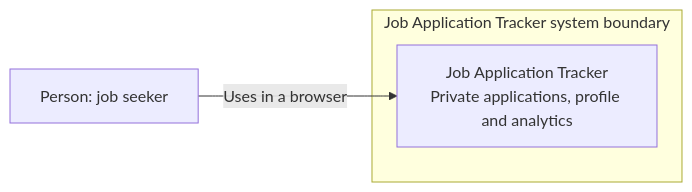
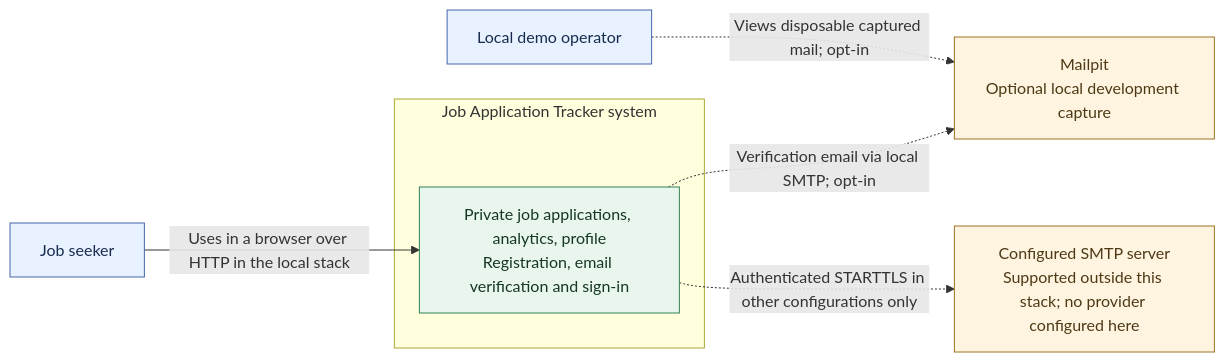
The diagram in docs/architecture/system-context.md (aftabmm07/job-application-tracker), drawn with Mermaid before and after one commit. The commit also changed other lines of this file and 9 other files, not shown here.

````diff
--- a/docs/architecture/system-context.md
+++ b/docs/architecture/system-context.md
@@ -8,8 +8,21 @@
 ```mermaid
 flowchart LR
-    user["Person: job seeker"]
-    subgraph boundary["Job Application Tracker system boundary"]
-        tracker["Job Application Tracker<br/>Private applications, profile and analytics"]
+    seeker["Job seeker"]
+    operator["Local demo operator"]
+    subgraph system["Job Application Tracker system"]
+        tracker["Private job applications, analytics, profile<br/>Registration, email verification and sign-in"]
     end
-    user -->|"Uses in a browser"| tracker
+    capture["Mailpit<br/>Optional local development capture"]
+    smtp["Configured SMTP server<br/>Supported outside this stack; no provider configured here"]
+    seeker -->|"Uses in a browser over HTTP in the local stack"| tracker
+    tracker -.->|"Verification email via local SMTP; opt-in"| capture
+    operator -.->|"Views disposable captured mail; opt-in"| capture
+    tracker -.->|"Authenticated STARTTLS in other configurations only"| smtp
+
+    classDef actor fill:#e8f1ff,stroke:#4466aa,color:#172b4d
+    classDef systemNode fill:#e8f6ed,stroke:#348054,color:#153723
+    classDef optional fill:#fff4df,stroke:#9b7226,color:#4d3916
+    class seeker,operator actor
+    class tracker systemNode
+    class capture,smtp optional
 ```
````
